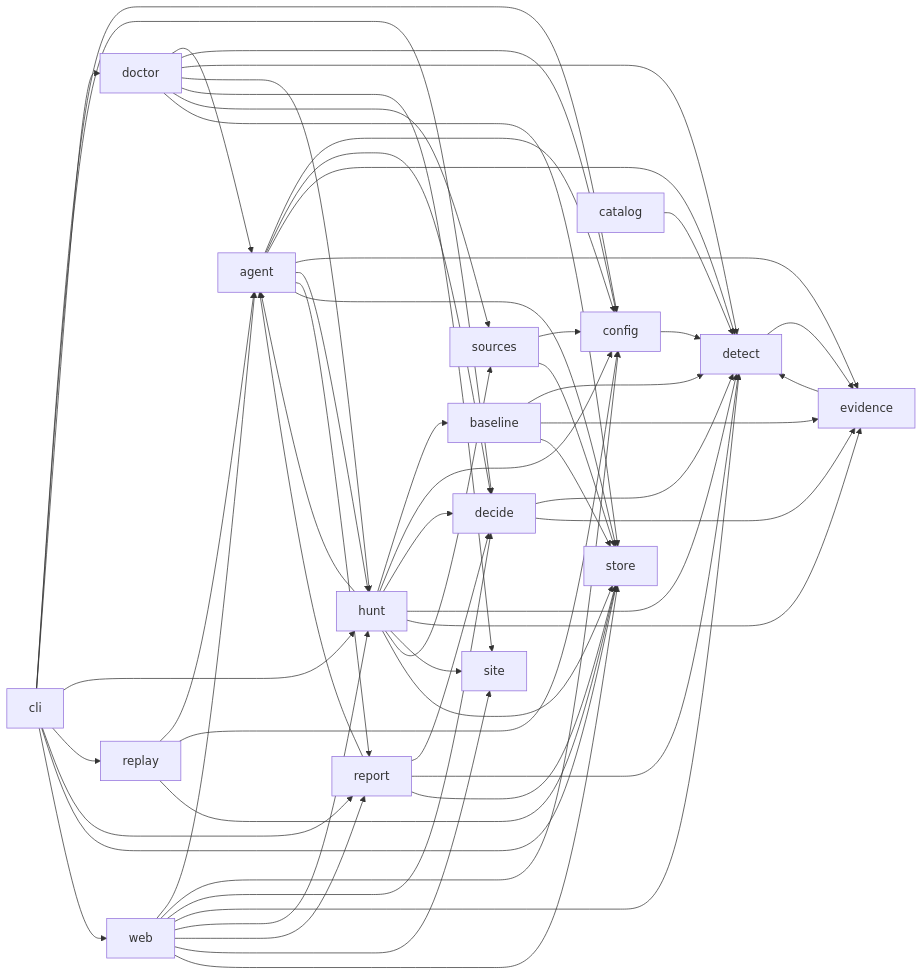
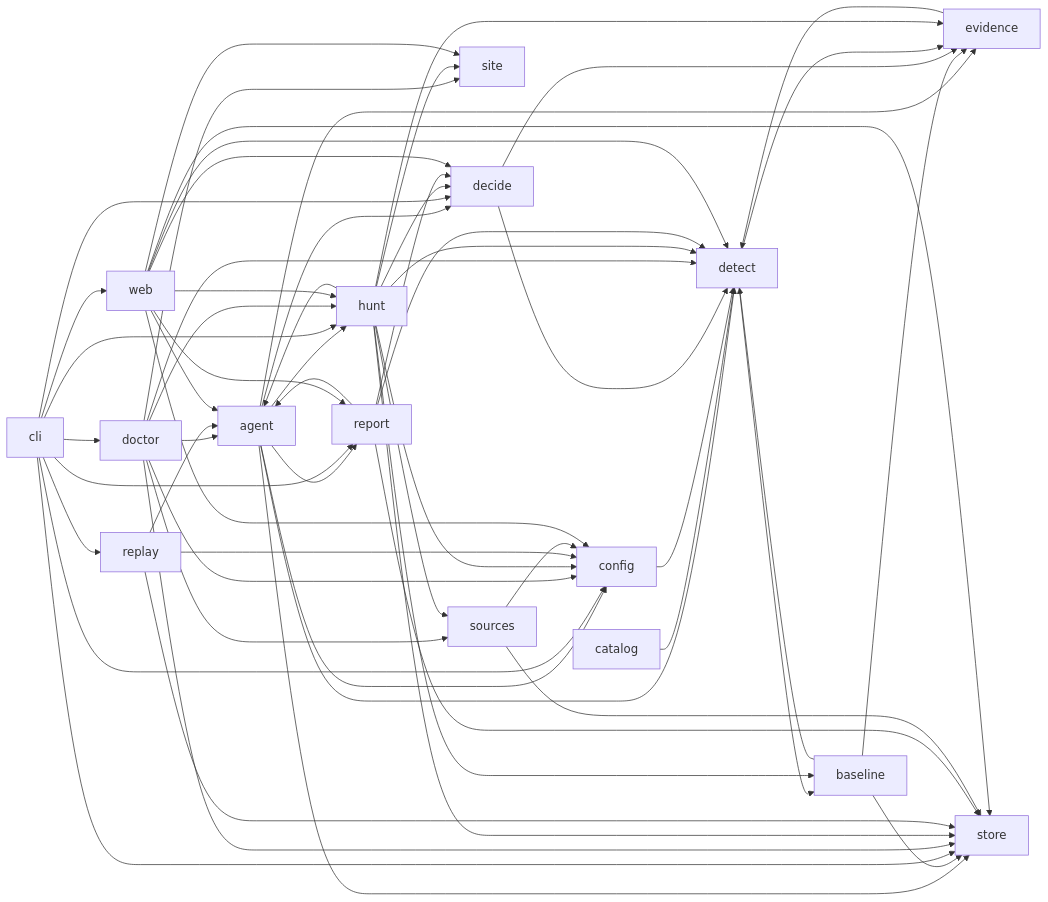
Before and after one commit to nickthabib-cloud/ROMULUS: the diagram in docs/architecture/MODULE_MAP.md, drawn with Mermaid. The commit also changed other lines of this file and 1 other file, not shown here.

Commit message:
docs(baseline): refresh architecture and coverage inventories

````diff
--- a/docs/architecture/MODULE_MAP.md
+++ b/docs/architecture/MODULE_MAP.md
@@ -136,60 +138,61 @@
 ```mermaid
 graph LR
   agent --> config
   agent --> decide
   agent --> detect
   agent --> evidence
   agent --> hunt
   agent --> report
   agent --> store
   baseline --> detect
   baseline --> evidence
   baseline --> store
   catalog --> detect
   cli --> config
   cli --> decide
   cli --> doctor
   cli --> hunt
   cli --> replay
   cli --> report
   cli --> store
   cli --> web
   config --> detect
   decide --> detect
   decide --> evidence
+  detect --> baseline
   detect --> evidence
   doctor --> agent
   doctor --> config
   doctor --> detect
   doctor --> hunt
   doctor --> site
   doctor --> sources
   doctor --> store
   evidence --> detect
   hunt --> agent
   hunt --> baseline
   hunt --> config
   hunt --> decide
   hunt --> detect
   hunt --> evidence
   hunt --> site
   hunt --> sources
   hunt --> store
   replay --> agent
   replay --> config
   replay --> store
   report --> agent
   report --> decide
   report --> detect
   report --> store
   sources --> config
   sources --> store
   web --> agent
   web --> config
   web --> decide
   web --> detect
   web --> hunt
   web --> report
   web --> site
   web --> store
 ```
````
